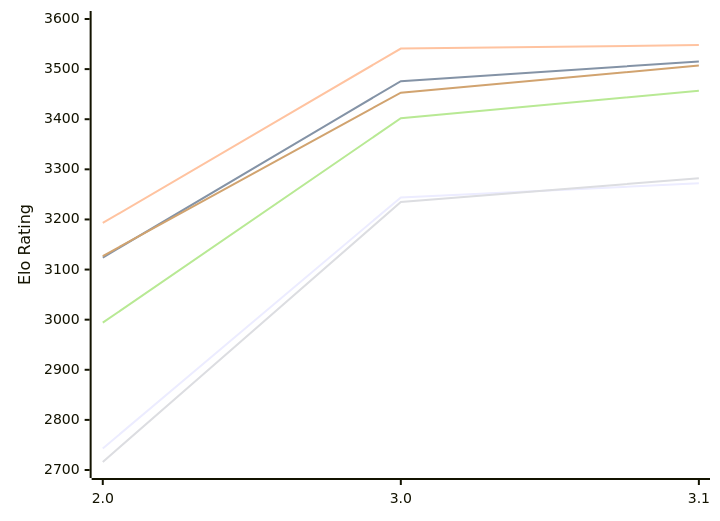
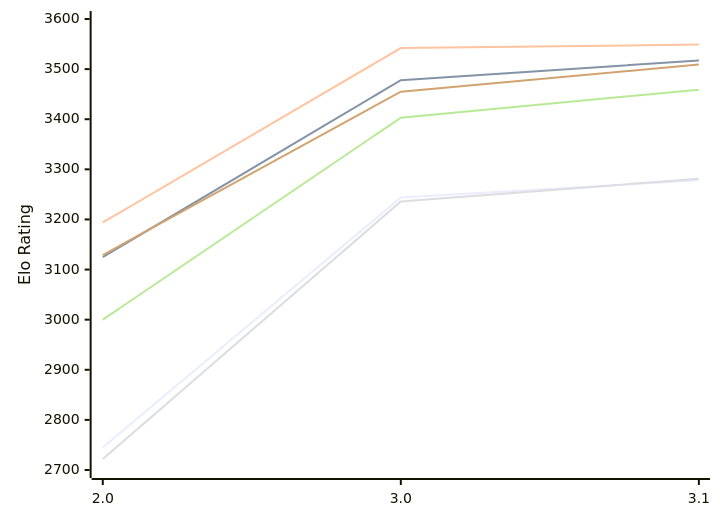
One commit to computer-chess-index/cci changed the diagram in engines/Funcomp.md. Above: the diagram before and after it, drawn with Mermaid. The commit also changed other lines of this file, not shown here.

Commit message:
Update CCI Ratings (ELO VLTC) - 2026-11-17

````diff
--- a/engines/Funcomp.md
+++ b/engines/Funcomp.md
@@ -51,12 +51,12 @@
 ```mermaid
 %%{init: {"theme":"base","themeVariables":{"seriesColors:['#a3a3a3','#222221','#faa371']}}}%%
 xychart-beta
   x-axis ["2.0", "3.0", "3.1"]
   y-axis "Elo Rating" 2700 --> 3600
-  line "E1: STC (8.0+0.08s)" [2743, 3244, 3272]
-  line "E1: LTC (60.0+0.60s)" [3124, 3476, 3515]
-  line "E1: VLTC (2m24s+1.12s)" [3193, 3541, 3548]
-  line "P1: STC (8.0+0.08s)" [2716, 3235, 3282]
-  line "P1: LTC (60.0+0.60s)" [2994, 3402, 3457]
-  line "P1: VLTC (2m24s+1.12s)" [3127, 3453, 3507]
+  line "E1: STC (8.0+0.08s)" [2745, 3244, 3278]
+  line "E1: LTC (60.0+0.60s)" [3125, 3478, 3517]
+  line "E1: VLTC (2m24s+1.12s)" [3194, 3542, 3549]
+  line "P1: STC (8.0+0.08s)" [2722, 3236, 3281]
+  line "P1: LTC (60.0+0.60s)" [3000, 3403, 3459]
+  line "P1: VLTC (2m24s+1.12s)" [3129, 3455, 3509]
 ```
````
